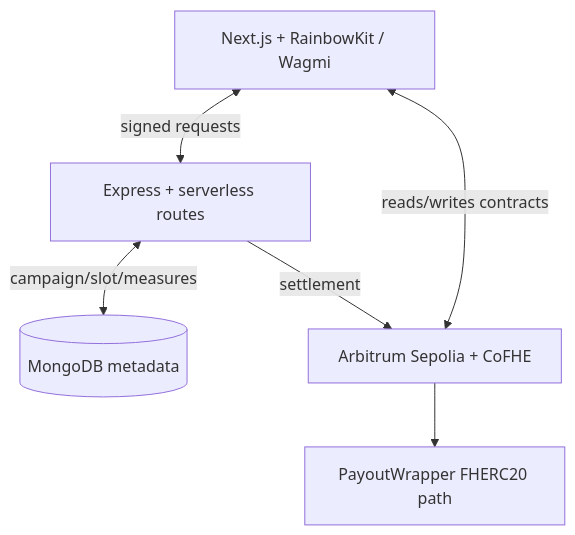
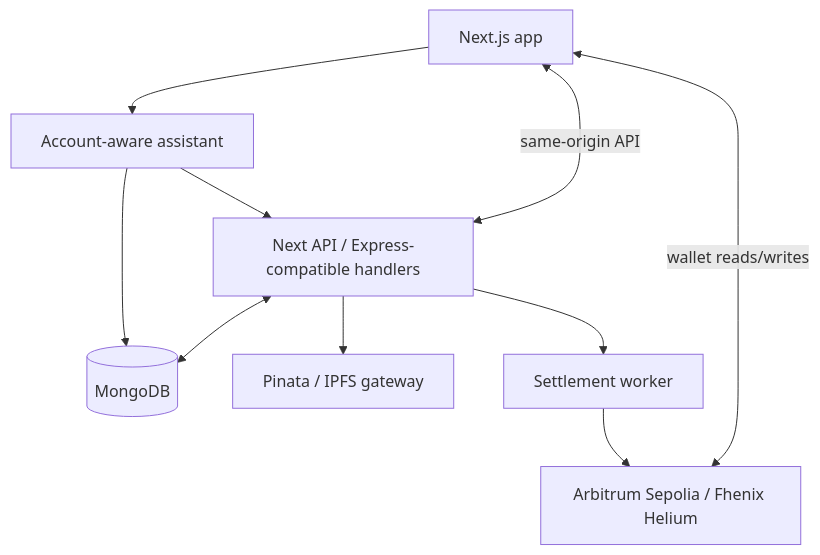
Before and after one commit to anikeaty08/adNod: the third of 3 diagrams in README.md, drawn with Mermaid. The commit also changed other lines of this file and 9 other files, not shown here.

````diff
--- a/README.md
+++ b/README.md
@@ -80,12 +62,12 @@
 ```mermaid
 flowchart TD
-  FE[Next.js + RainbowKit / Wagmi]
-  API[Express + serverless routes]
-  DB[(MongoDB metadata)]
-  CH[Arbitrum Sepolia + CoFHE]
-  FE <-->|reads/writes contracts| CH
-  FE <-->|signed requests| API
-  API <-->|campaign/slot/measures| DB
-  API -->|settlement| CH
-  CH --> PW[PayoutWrapper FHERC20 path]
+  FE[Next.js app] <-->|wallet reads/writes| CH[Arbitrum Sepolia / Fhenix Helium]
+  FE <-->|same-origin API| API[Next API / Express-compatible handlers]
+  API <--> DB[(MongoDB)]
+  API --> IPFS[Pinata / IPFS gateway]
+  API --> W[Settlement worker]
+  W --> CH
+  FE --> BOT[Account-aware assistant]
+  BOT --> API
+  BOT --> DB
 ```
````
